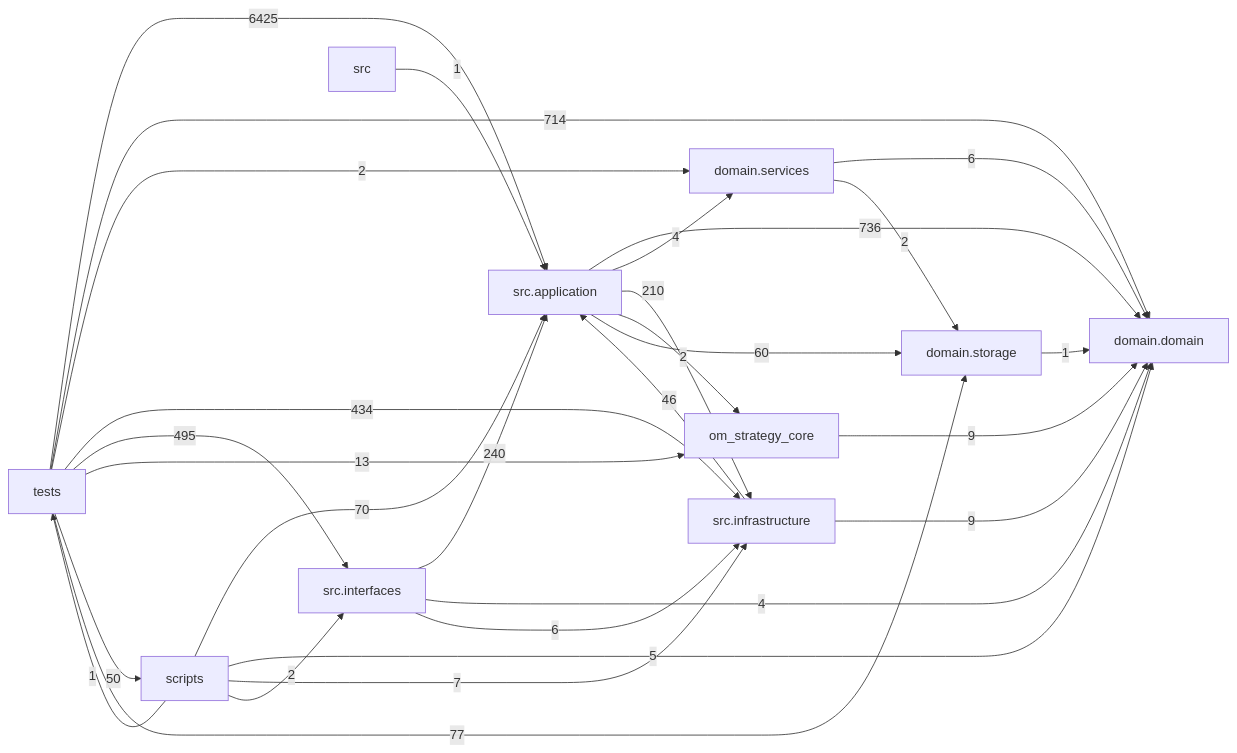
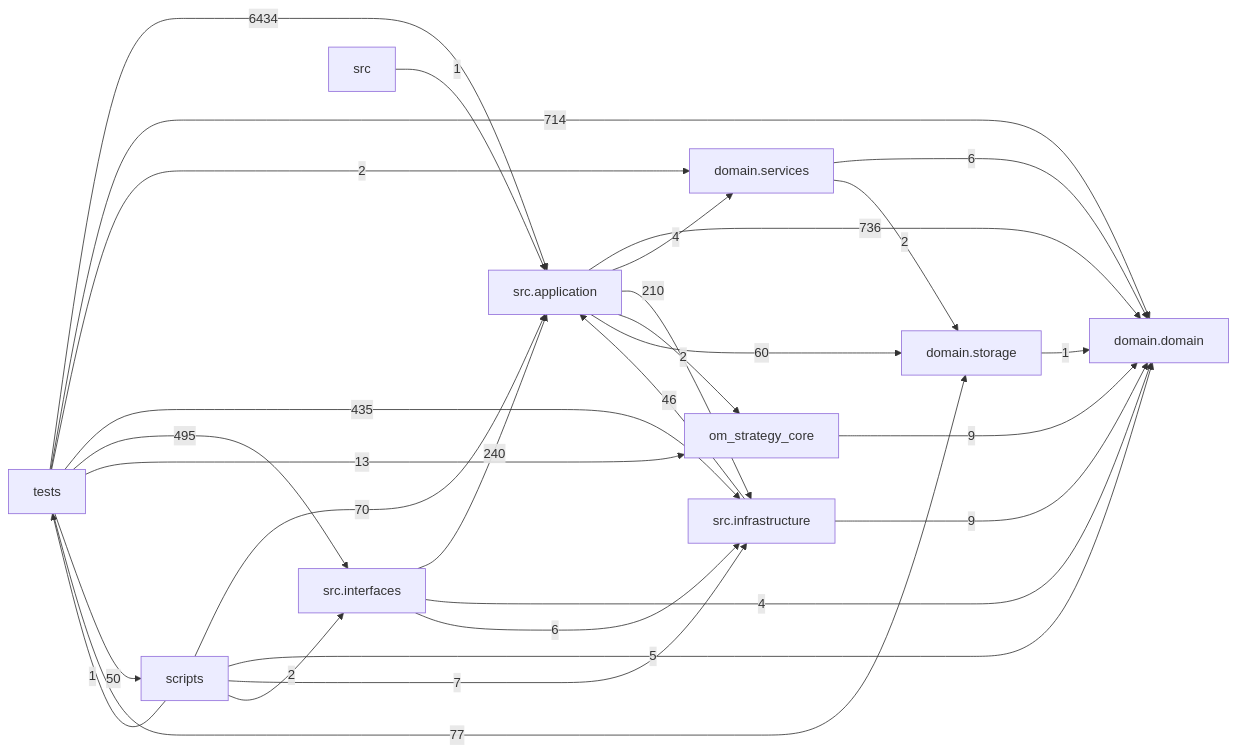
One commit to liuxie066/options-monitor changed the diagram in docs/DEPENDENCY_GRAPH.md. Above: the diagram before and after it, drawn with Mermaid. The commit also changed other lines of this file and 12 other files, not shown here.

````diff
--- a/docs/DEPENDENCY_GRAPH.md
+++ b/docs/DEPENDENCY_GRAPH.md
@@ -24,39 +24,39 @@
 ```mermaid
 flowchart LR
   tests["tests"]
   scripts["scripts"]
   interfaces["src.interfaces"]
   application["src.application"]
   infrastructure["src.infrastructure"]
   domain_services["domain.services"]
   domain["domain.domain"]
   storage["domain.storage"]
   application -->|736| domain
   application -->|4| domain_services
   application -->|210| infrastructure
   application -->|2| om_strategy_core
   application -->|60| storage
   domain_services -->|6| domain
   domain_services -->|2| storage
   infrastructure -->|46| application
   infrastructure -->|9| domain
   interfaces -->|240| application
   interfaces -->|4| domain
   interfaces -->|6| infrastructure
   om_strategy_core -->|9| domain
   scripts -->|70| application
   scripts -->|5| domain
   scripts -->|7| infrastructure
   scripts -->|2| interfaces
   scripts -->|1| tests
   src -->|1| application
   storage -->|1| domain
-  tests -->|6425| application
+  tests -->|6434| application
   tests -->|714| domain
   tests -->|2| domain_services
-  tests -->|434| infrastructure
+  tests -->|435| infrastructure
   tests -->|495| interfaces
   tests -->|13| om_strategy_core
   tests -->|50| scripts
   tests -->|77| storage
 ```
````
